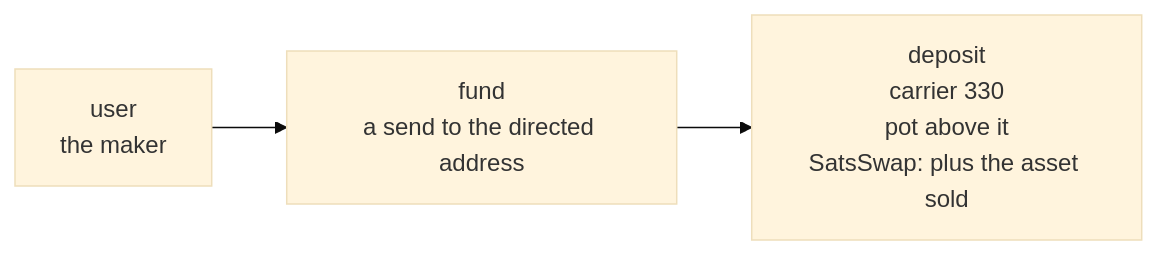
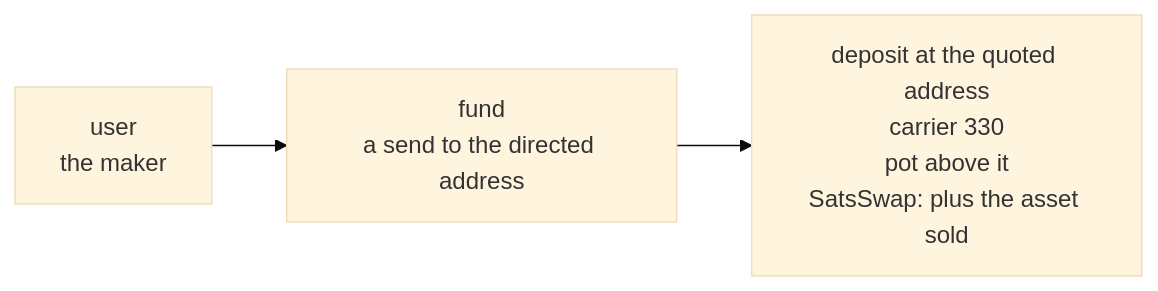
One commit to arkade-os/ts-sdk changed the first of 4 diagrams in packages/swap/src/contracts/README.md. Above: the diagram before and after it, drawn with Mermaid (base theme). The commit also changed other lines of this file and 6 other files, not shown here.

````diff
--- a/packages/swap/src/contracts/README.md
+++ b/packages/swap/src/contracts/README.md
@@ -10,5 +24,5 @@
 ```mermaid
 flowchart LR
   user["user<br/>the maker"] --> fund["fund<br/>a send to the directed address"]
-  fund --> deposit["deposit<br/>carrier 330<br/>pot above it<br/>SatsSwap: plus the asset sold"]
+  fund --> deposit["deposit at the quoted address<br/>carrier 330<br/>pot above it<br/>SatsSwap: plus the asset sold"]
 ```
````
